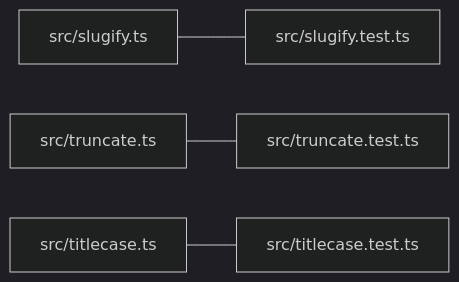
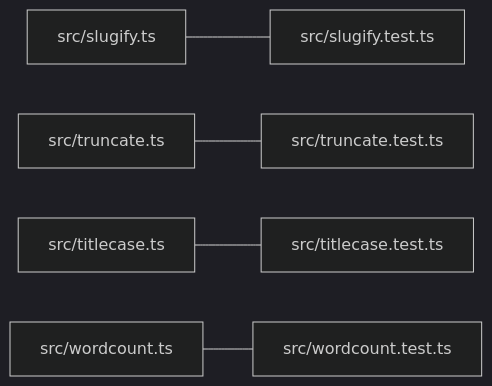
Before and after one commit to codeministry/spectant: the diagram in plugin/tests/fixtures/ab-repo/specs/001-text-helpers/plan.md, drawn with Mermaid (dark theme). The commit also changed other lines of this file and 6 other files, not shown here.

````diff
--- a/plugin/tests/fixtures/ab-repo/specs/001-text-helpers/plan.md
+++ b/plugin/tests/fixtures/ab-repo/specs/001-text-helpers/plan.md
@@ -17,6 +17,7 @@
 ```mermaid
 flowchart LR
   T1[src/slugify.ts] --- P1[src/slugify.test.ts]
   T2[src/truncate.ts] --- P2[src/truncate.test.ts]
   T3[src/titlecase.ts] --- P3[src/titlecase.test.ts]
+  T4[src/wordcount.ts] --- P4[src/wordcount.test.ts]
 ```
````
